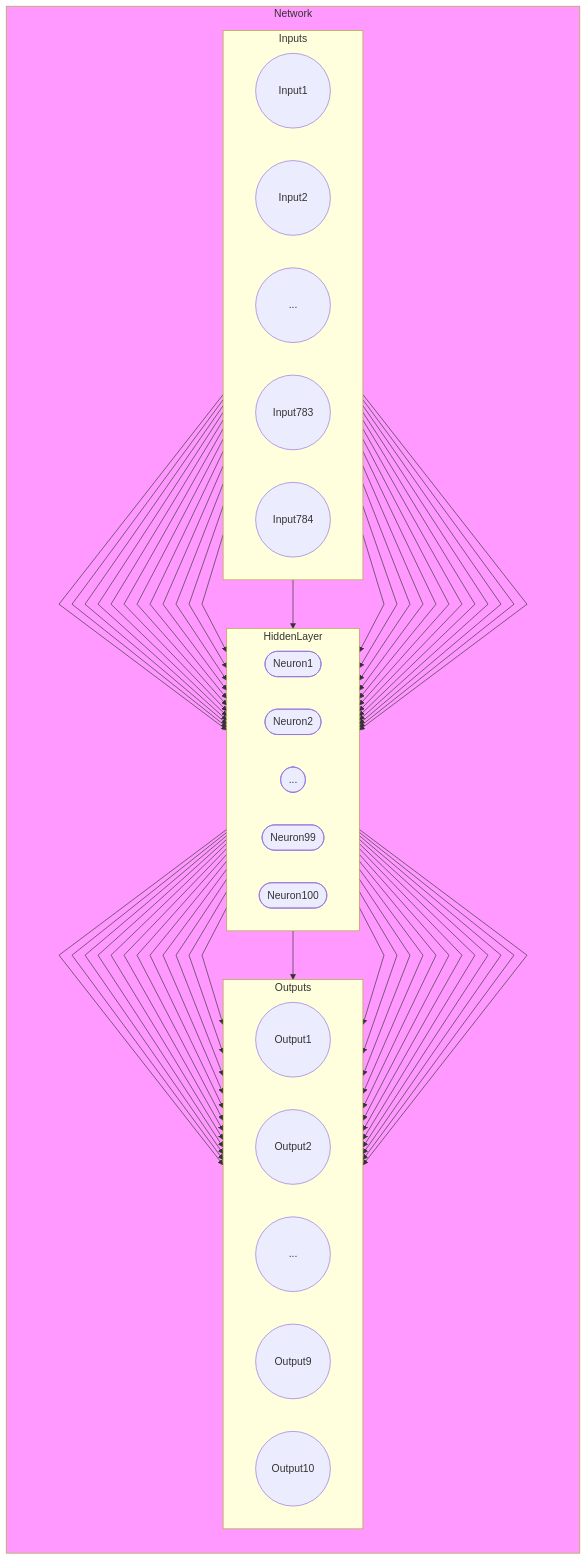
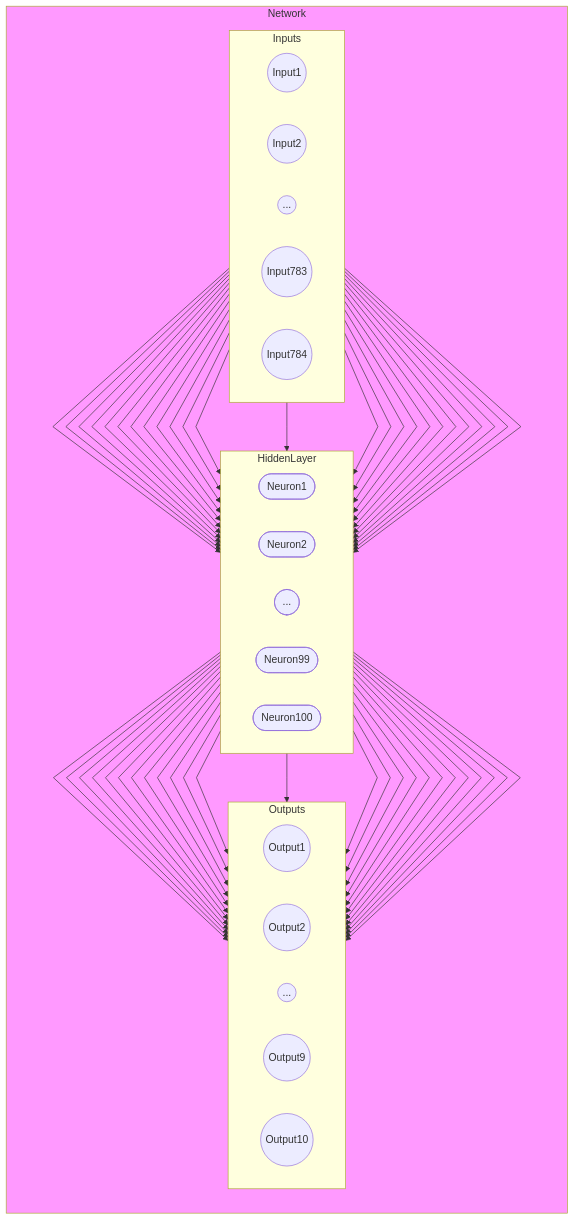
The diagram in notebooks/01_fashionMNIST/README.md (andrelohmann/ai-experiments), drawn with Mermaid before and after one commit.

Commit message:
updated Network Graph

````diff
--- a/notebooks/01_fashionMNIST/README.md
+++ b/notebooks/01_fashionMNIST/README.md
@@ -11,49 +11,49 @@
 ```mermaid
     %%{ init: { 'flowchart': { 'curve': 'linear' } } }%%
     flowchart TD
         subgraph Network
             direction TB
             style Network fill:#f9f
             subgraph Inputs
                 direction LR
                 I1((Input1)):::round
                 I2((Input2)):::round
                 Ix((...)):::round
                 I783((Input783)):::round
                 I784((Input784)):::round
             end
 
             subgraph HiddenLayer
                 direction LR
                 N1([Neuron1]);
                 N2([Neuron2]);
                 Nx([...]);
                 N99([Neuron99]);
                 N100([Neuron100]);
             end
 
             subgraph Outputs
                 direction LR
                 O1((Output1)):::round
                 O2((Output2)):::round
                 Ox((...)):::round
                 O9((Output9)):::round
                 O10((Output10)):::round
             end
 
             I1 --> N1 & N2 & Nx & N99 & N100
             I2 --> N1 & N2 & Nx & N99 & N100
             Ix --> N1 & N2 & Nx & N99 & N100
             I783 --> N1 & N2 & Nx & N99 & N100
             I784 --> N1 & N2 & Nx & N99 & N100
 
             N1 --> O1 & O2 & Ox & O9 & O10
             N2 --> O1 & O2 & Ox & O9 & O10
             Nx --> O1 & O2 & Ox & O9 & O10
             N99 --> O1 & O2 & Ox & O9 & O10
             N100 --> O1 & O2 & Ox & O9 & O10
 
-            classDef round padding:100px
+            classDef round height:75px
 
         end
 ```
````
